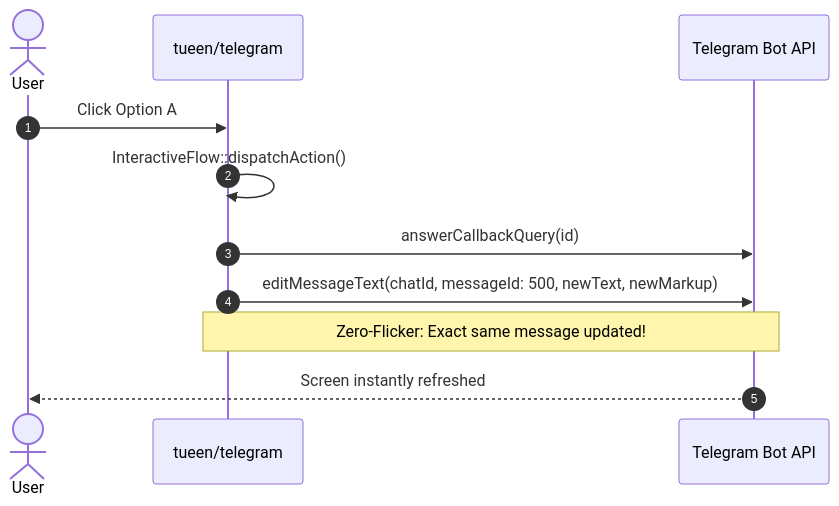
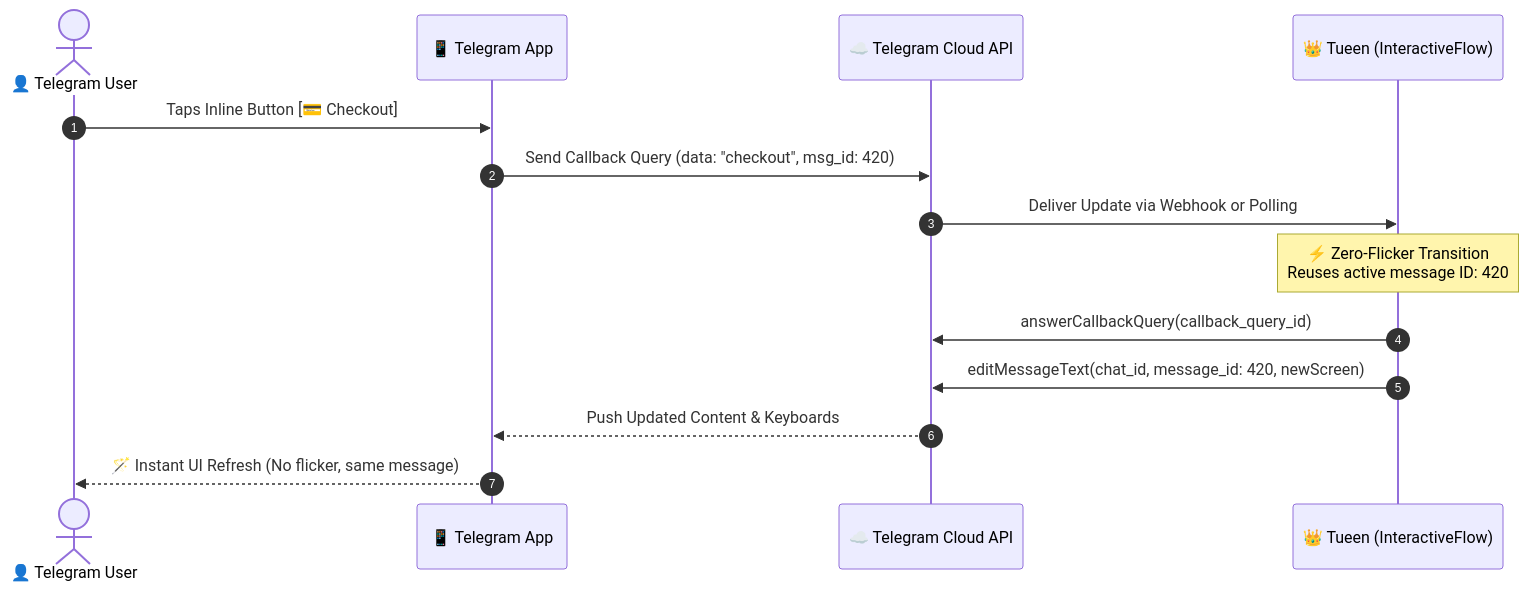
One commit to tueen/telegram changed the diagram in docs/guide/flow/interactive-screens.md. Above: the diagram before and after it, drawn with Mermaid. The commit also changed 28 other files, not shown here.

First line of the commit message:
feat(flow,router): support priority routes, flow fallthrough, and modernize architecture diagrams

````diff
--- a/docs/guide/flow/interactive-screens.md
+++ b/docs/guide/flow/interactive-screens.md
@@ -11,14 +11,19 @@
 ```mermaid
 sequenceDiagram
     autonumber
-    actor User
-    participant Bot as tueen/telegram
-    participant Telegram as Telegram Bot API
+    actor User as 👤 Telegram User
+    participant App as 📱 Telegram App
+    participant TG as ☁️ Telegram Cloud API
+    participant Bot as 👑 Tueen (InteractiveFlow)
 
-    User->>Bot: Click Option A
-    Bot->>Bot: InteractiveFlow::dispatchAction()
-    Bot->>Telegram: answerCallbackQuery(id)
-    Bot->>Telegram: editMessageText(chatId, messageId: 500, newText, newMarkup)
-    Note over Bot,Telegram: Zero-Flicker: Exact same message updated!
-    Telegram-->>User: Screen instantly refreshed
+    User->>App: Taps Inline Button [💳 Checkout]
+    App->>TG: Send Callback Query (data: "checkout", msg_id: 420)
+    TG->>Bot: Deliver Update via Webhook or Polling
+    
+    Note over Bot: ⚡ Zero-Flicker Transition<br/>Reuses active message ID: 420
+    Bot->>TG: answerCallbackQuery(callback_query_id)
+    Bot->>TG: editMessageText(chat_id, message_id: 420, newScreen)
+
+    TG-->>App: Push Updated Content & Keyboards
+    App-->>User: 🪄 Instant UI Refresh (No flicker, same message)
 ```
````
